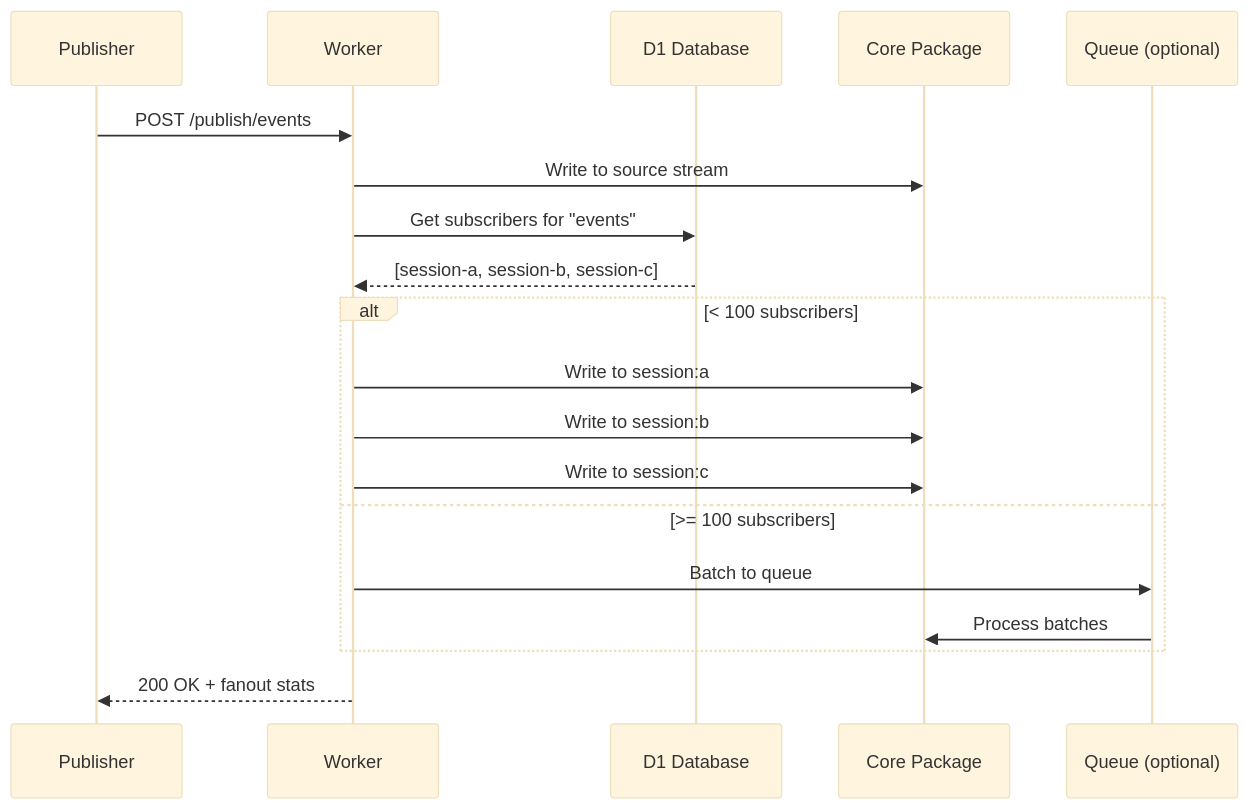
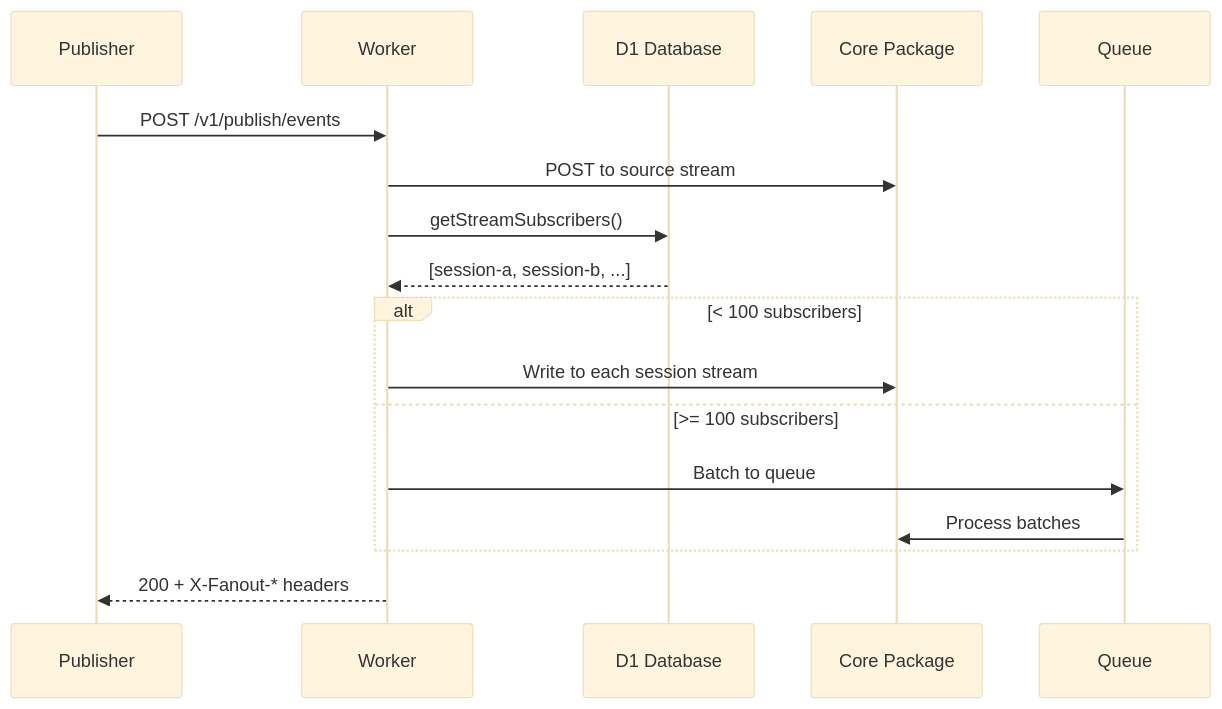
The third of 3 diagrams in packages/durable-stream-subscriptions/docs/walkthrough.md (commoncurriculum/durable-streams-cloudflare), drawn with Mermaid (base theme) before and after one commit. The commit also changed other lines of this file and 2 other files, not shown here.

````diff
--- a/packages/durable-stream-subscriptions/docs/walkthrough.md
+++ b/packages/durable-stream-subscriptions/docs/walkthrough.md
@@ -505,24 +241,22 @@
 ```mermaid
 sequenceDiagram
     participant P as Publisher
     participant W as Worker
     participant D1 as D1 Database
     participant Core as Core Package
-    participant Q as Queue (optional)
+    participant Q as Queue
 
-    P->>W: POST /publish/events
-    W->>Core: Write to source stream
-    W->>D1: Get subscribers for "events"
-    D1-->>W: [session-a, session-b, session-c]
+    P->>W: POST /v1/publish/events
+    W->>Core: POST to source stream
+    W->>D1: getStreamSubscribers()
+    D1-->>W: [session-a, session-b, ...]
 
     alt < 100 subscribers
-        W->>Core: Write to session:a
-        W->>Core: Write to session:b
-        W->>Core: Write to session:c
+        W->>Core: Write to each session stream
     else >= 100 subscribers
         W->>Q: Batch to queue
         Q->>Core: Process batches
     end
 
-    W-->>P: 200 OK + fanout stats
+    W-->>P: 200 + X-Fanout-* headers
 ```
````
